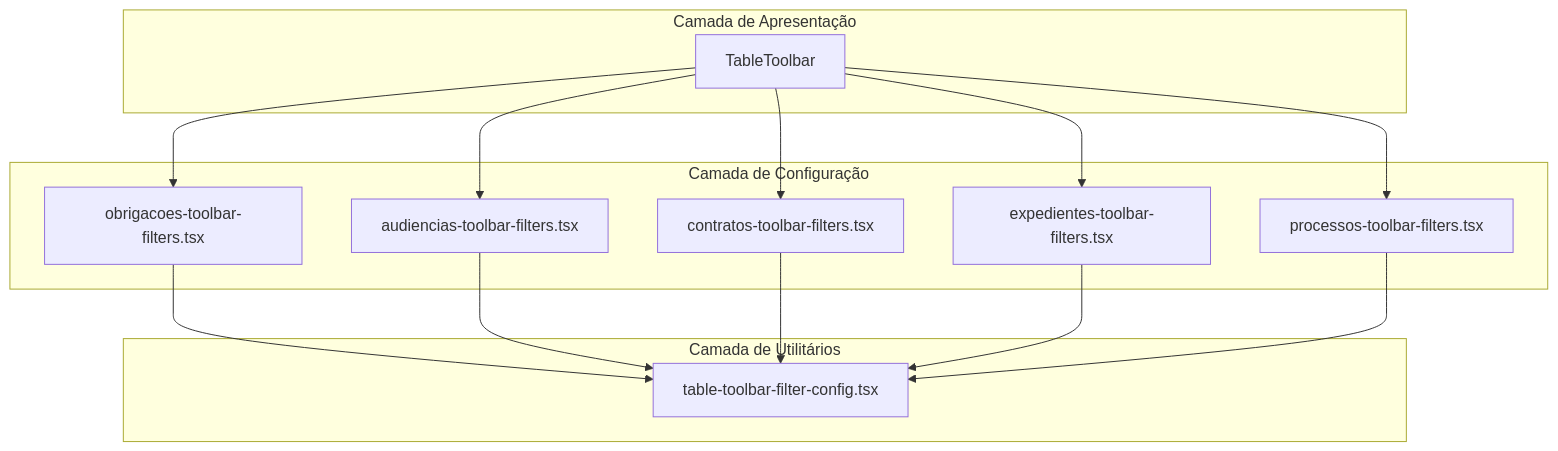
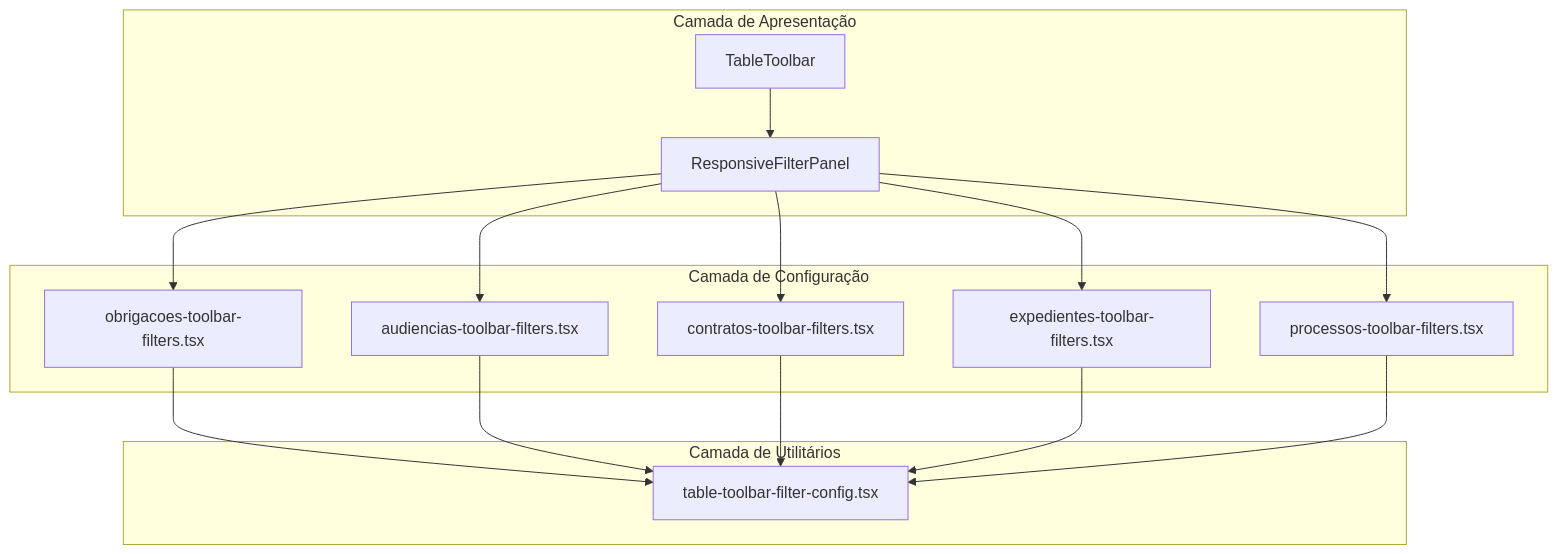
One commit to SinesysTech/diegobarbosa-os changed the third of 3 diagrams in .qoder/repowiki/pt/content/Arquitetura Frontend/Ui Filters Toolbar Redesign.md. Above: the diagram before and after it, drawn with Mermaid. The commit also changed other lines of this file and 22 other files, not shown here.

First line of the commit message:
feat(audiencias): improve responsive layout and add ptBR locale support

````diff
--- a/.qoder/repowiki/pt/content/Arquitetura Frontend/Ui Filters Toolbar Redesign.md
+++ b/.qoder/repowiki/pt/content/Arquitetura Frontend/Ui Filters Toolbar Redesign.md
@@ -157,26 +182,28 @@
 ```mermaid
 graph TD
 subgraph "Camada de Apresentação"
 A[TableToolbar]
+B[ResponsiveFilterPanel]
 end
 subgraph "Camada de Configuração"
-B[obrigacoes-toolbar-filters.tsx]
-C[audiencias-toolbar-filters.tsx]
-D[contratos-toolbar-filters.tsx]
-E[expedientes-toolbar-filters.tsx]
-F[processos-toolbar-filters.tsx]
+C[obrigacoes-toolbar-filters.tsx]
+D[audiencias-toolbar-filters.tsx]
+E[contratos-toolbar-filters.tsx]
+F[expedientes-toolbar-filters.tsx]
+G[processos-toolbar-filters.tsx]
 end
 subgraph "Camada de Utilitários"
-G[table-toolbar-filter-config.tsx]
+H[table-toolbar-filter-config.tsx]
 end
 A --> B
-A --> C
-A --> D
-A --> E
-A --> F
+B --> C
+B --> D
+B --> E
+B --> F
 B --> G
-C --> G
-D --> G
-E --> G
-F --> G
+C --> H
+D --> H
+E --> H
+F --> H
+G --> H
 ```
````
